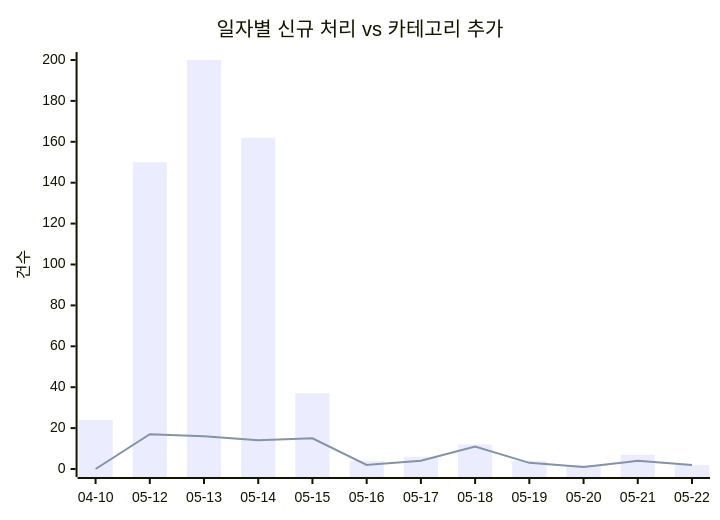
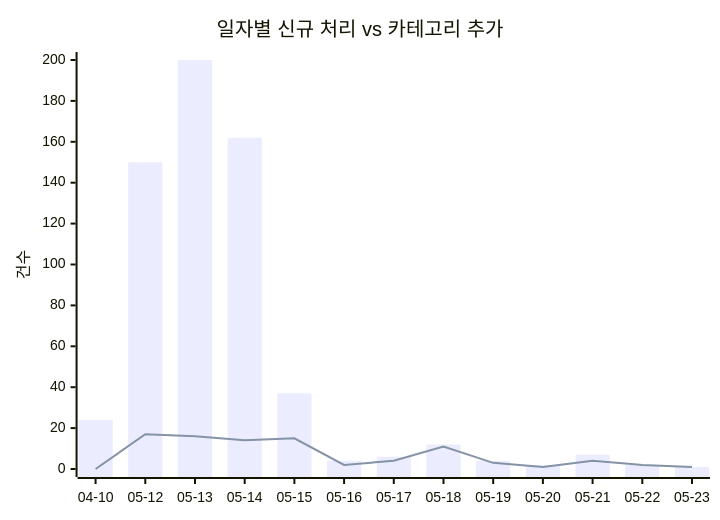
Before and after one commit to J-nowcow/awesome-korean-agent-skills: the first of 2 diagrams in docs/trends.md, drawn with Mermaid. The commit also changed other lines of this file and 4 other files, not shown here.

````diff
--- a/docs/trends.md
+++ b/docs/trends.md
@@ -32,8 +32,8 @@
 ```mermaid
 xychart-beta
     title "일자별 신규 처리 vs 카테고리 추가"
-    x-axis ["04-10","05-12","05-13","05-14","05-15","05-16","05-17","05-18","05-19","05-20","05-21","05-22"]
+    x-axis ["04-10","05-12","05-13","05-14","05-15","05-16","05-17","05-18","05-19","05-20","05-21","05-22","05-23"]
     y-axis "건수"
-    bar [24,150,200,162,37,4,6,12,4,2,7,2]
-    line [0,17,16,14,15,2,4,11,3,1,4,2]
+    bar [24,150,200,162,37,4,6,12,4,2,7,2,1]
+    line [0,17,16,14,15,2,4,11,3,1,4,2,1]
 ```
````
